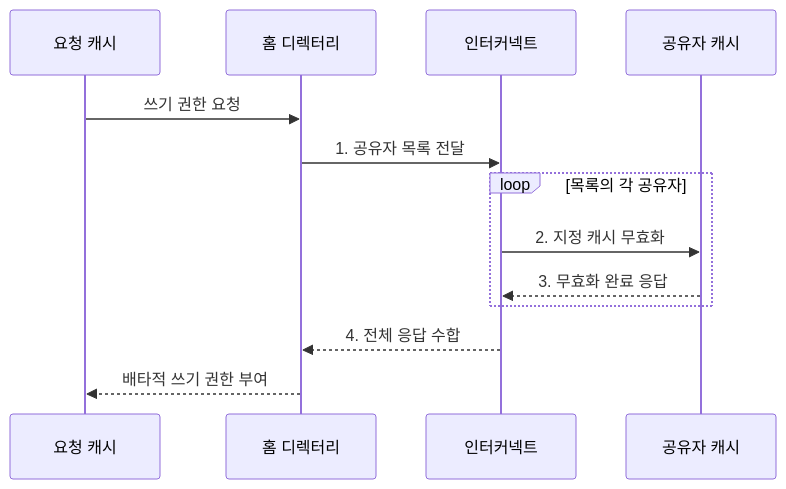
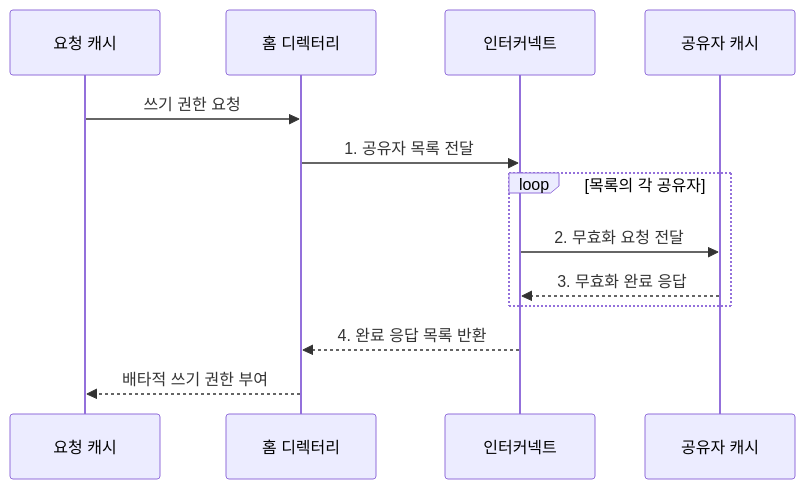
One commit to agnusdei1207/knowledge-base changed the second of 2 diagrams in src/content/docs/notes/02-hardware/015_bus_snooping_directory_coherence.md. Above: the diagram before and after it, drawn with Mermaid. The commit also changed other lines of this file and 20 other files, not shown here.

````diff
--- a/src/content/docs/notes/02-hardware/015_bus_snooping_directory_coherence.md
+++ b/src/content/docs/notes/02-hardware/015_bus_snooping_directory_coherence.md
@@ -89,15 +87,15 @@
 ```mermaid
 sequenceDiagram
     participant C as 요청 캐시
     participant H as 홈 디렉터리
     participant N as 인터커넥트
     participant S as 공유자 캐시
     C->>H: 쓰기 권한 요청
     H->>N: 1. 공유자 목록 전달
     loop 목록의 각 공유자
-        N->>S: 2. 지정 캐시 무효화
+        N->>S: 2. 무효화 요청 전달
         S-->>N: 3. 무효화 완료 응답
     end
-    N-->>H: 4. 전체 응답 수합
+    N-->>H: 4. 완료 응답 목록 반환
     H-->>C: 배타적 쓰기 권한 부여
 ```
````
